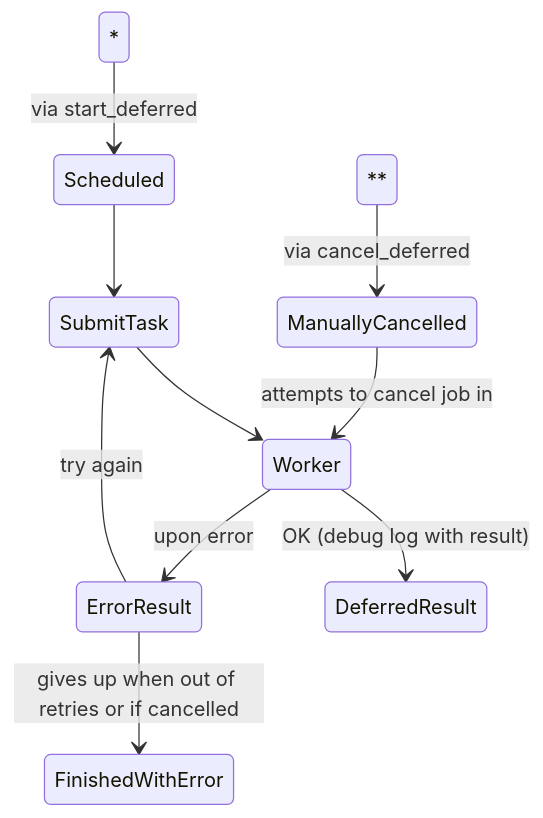
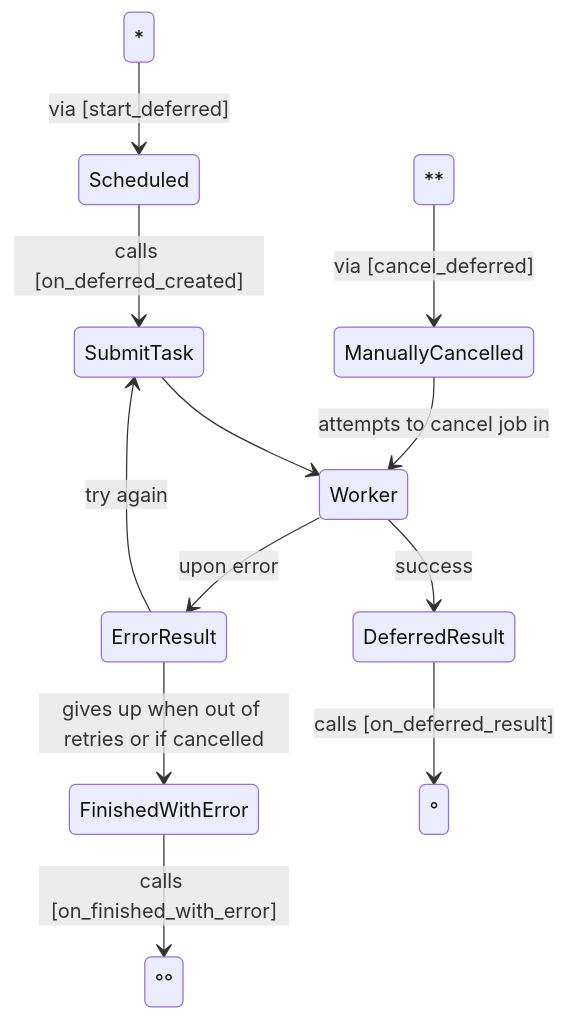
The diagram in services/dynamic-scheduler/src/simcore_service_dynamic_scheduler/services/scheduler/__how_it_works.md (GitHK/osparc-simcore-forked), drawn with Mermaid before and after one commit. The commit also changed other lines of this file, not shown here.

````diff
--- a/services/dynamic-scheduler/src/simcore_service_dynamic_scheduler/services/scheduler/__how_it_works.md
+++ b/services/dynamic-scheduler/src/simcore_service_dynamic_scheduler/services/scheduler/__how_it_works.md
@@ -1,17 +3,18 @@
 ```mermaid
 stateDiagram-v2
-    * --> Scheduled: via start_deferred
-    ** --> ManuallyCancelled: via cancel_deferred
+    * --> Scheduled: via [start_deferred]
+    ** --> ManuallyCancelled: via [cancel_deferred]
+
     ManuallyCancelled --> Worker: attempts to cancel job in
 
-    Scheduled --> SubmitTask
+    Scheduled --> SubmitTask: calls [on_deferred_created]
     SubmitTask --> Worker
 
     ErrorResult --> SubmitTask: try again
     Worker --> ErrorResult: upon error
     ErrorResult --> FinishedWithError: gives up when out of retries or if cancelled
-    Worker --> DeferredResult: OK (debug log with result)
+    Worker --> DeferredResult: success
 
-
-
+    DeferredResult --> °: calls [on_deferred_result]
+    FinishedWithError --> °°: calls [on_finished_with_error]
 ```
````
